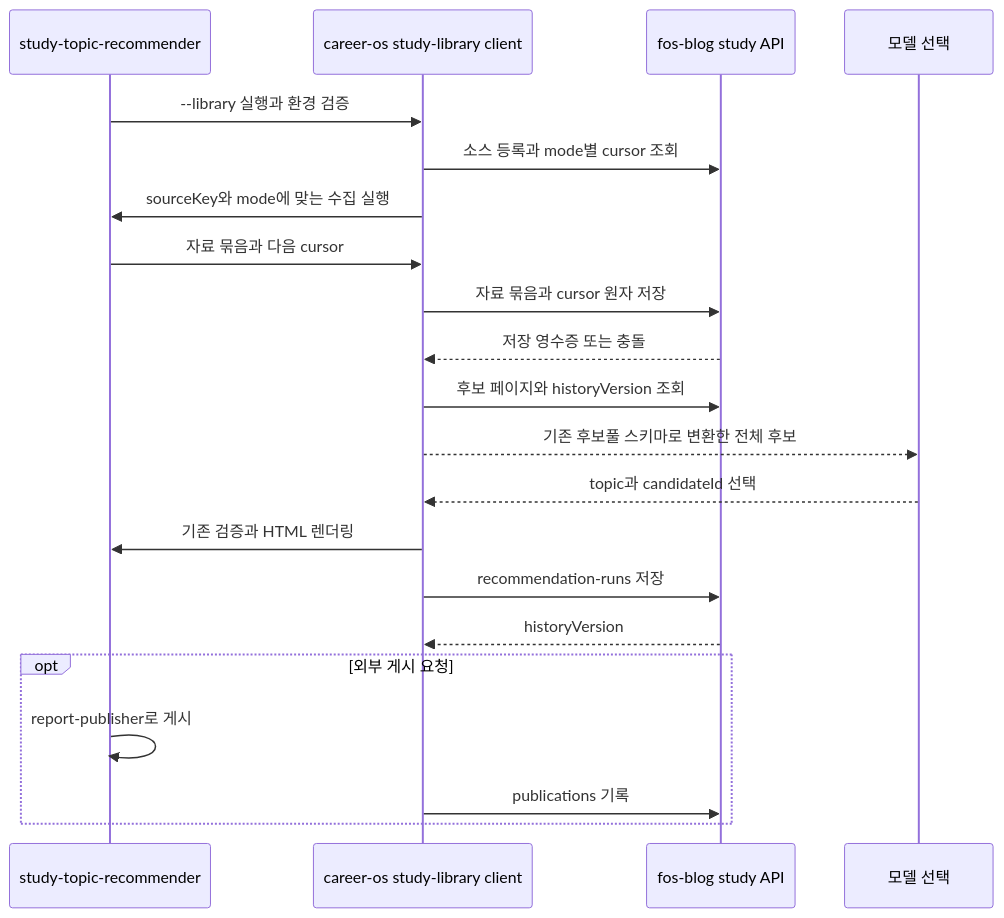
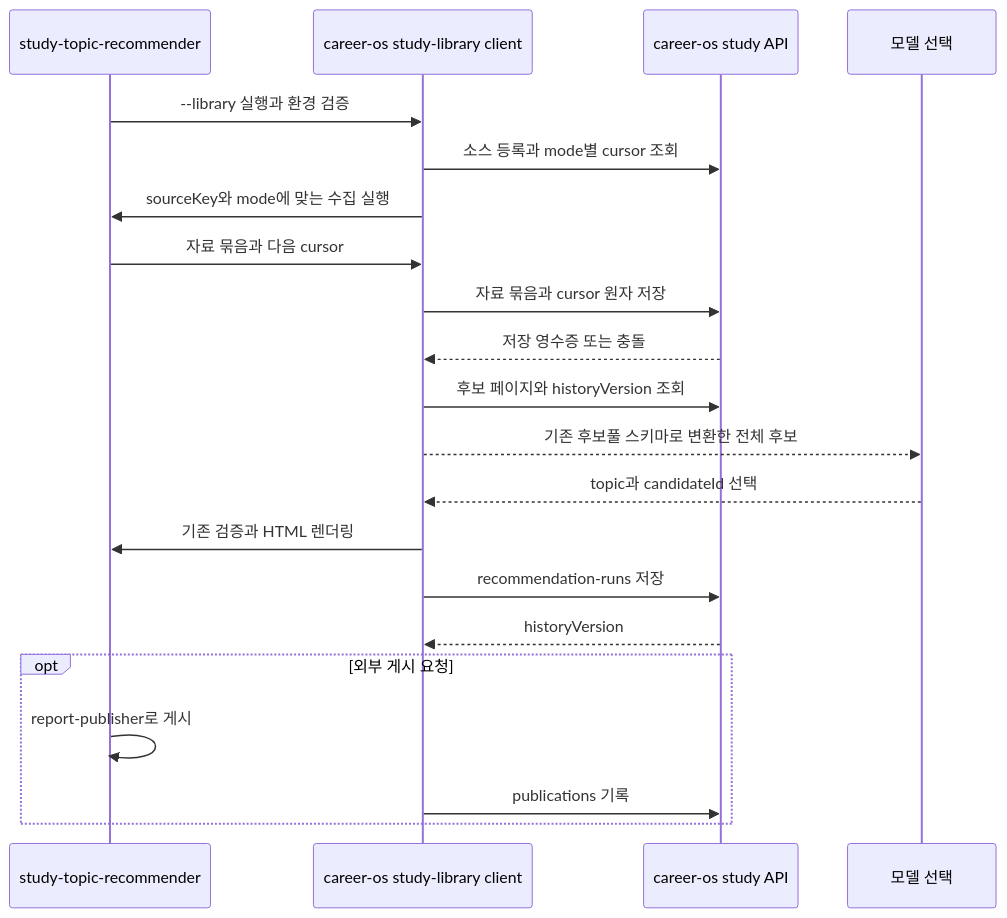
Before and after one commit to jon890/fos-agents: the second of 3 diagrams in career-os/docs/flow.md, drawn with Mermaid. The commit also changed other lines of this file and 16 other files, not shown here.

````diff
--- a/career-os/docs/flow.md
+++ b/career-os/docs/flow.md
@@ -213,23 +216,23 @@
 ```mermaid
 sequenceDiagram
     participant Skill as study-topic-recommender
     participant Client as career-os study-library client
-    participant Blog as fos-blog study API
+    participant API as career-os study API
     participant Model as 모델 선택
     Skill->>Client: --library 실행과 환경 검증
-    Client->>Blog: 소스 등록과 mode별 cursor 조회
+    Client->>API: 소스 등록과 mode별 cursor 조회
     Client->>Skill: sourceKey와 mode에 맞는 수집 실행
     Skill->>Client: 자료 묶음과 다음 cursor
-    Client->>Blog: 자료 묶음과 cursor 원자 저장
-    Blog-->>Client: 저장 영수증 또는 충돌
-    Client->>Blog: 후보 페이지와 historyVersion 조회
+    Client->>API: 자료 묶음과 cursor 원자 저장
+    API-->>Client: 저장 영수증 또는 충돌
+    Client->>API: 후보 페이지와 historyVersion 조회
     Client-->>Model: 기존 후보풀 스키마로 변환한 전체 후보
     Model-->>Client: topic과 candidateId 선택
     Client->>Skill: 기존 검증과 HTML 렌더링
-    Client->>Blog: recommendation-runs 저장
-    Blog-->>Client: historyVersion
+    Client->>API: recommendation-runs 저장
+    API-->>Client: historyVersion
     opt 외부 게시 요청
         Skill->>Skill: report-publisher로 게시
-        Client->>Blog: publications 기록
+        Client->>API: publications 기록
     end
 ```
````
